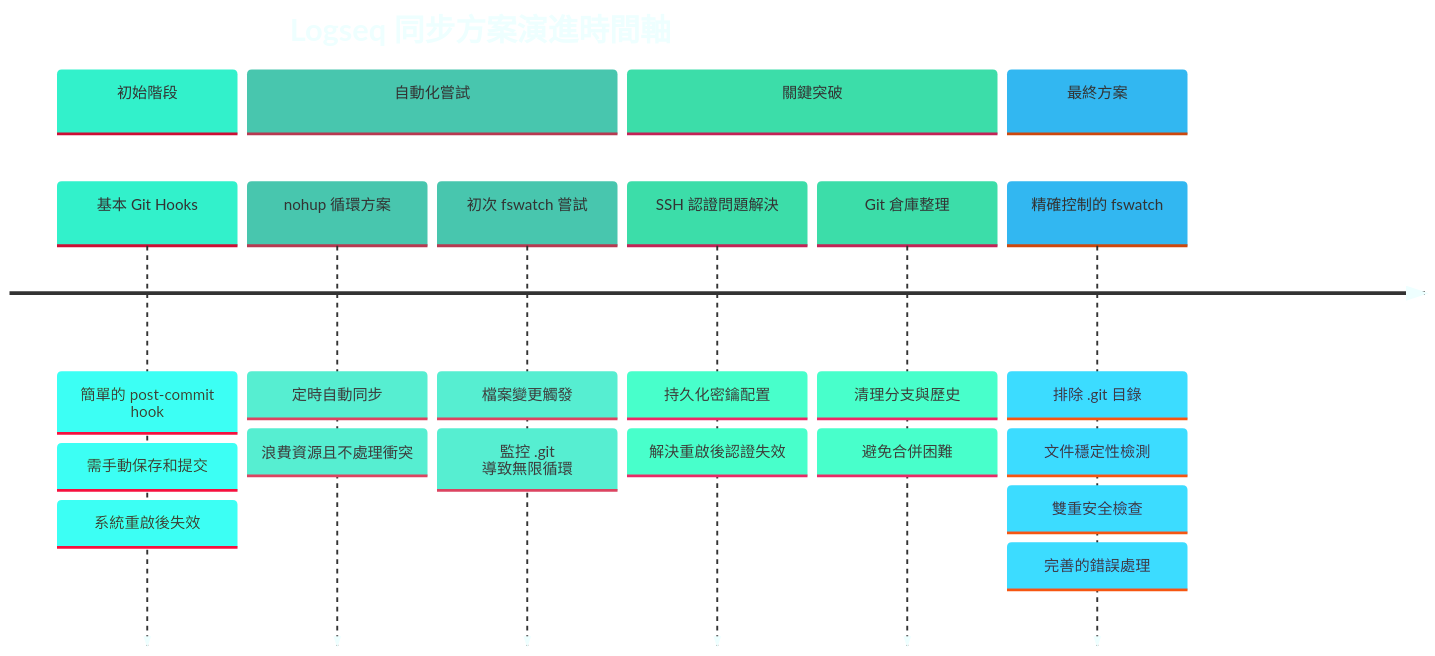
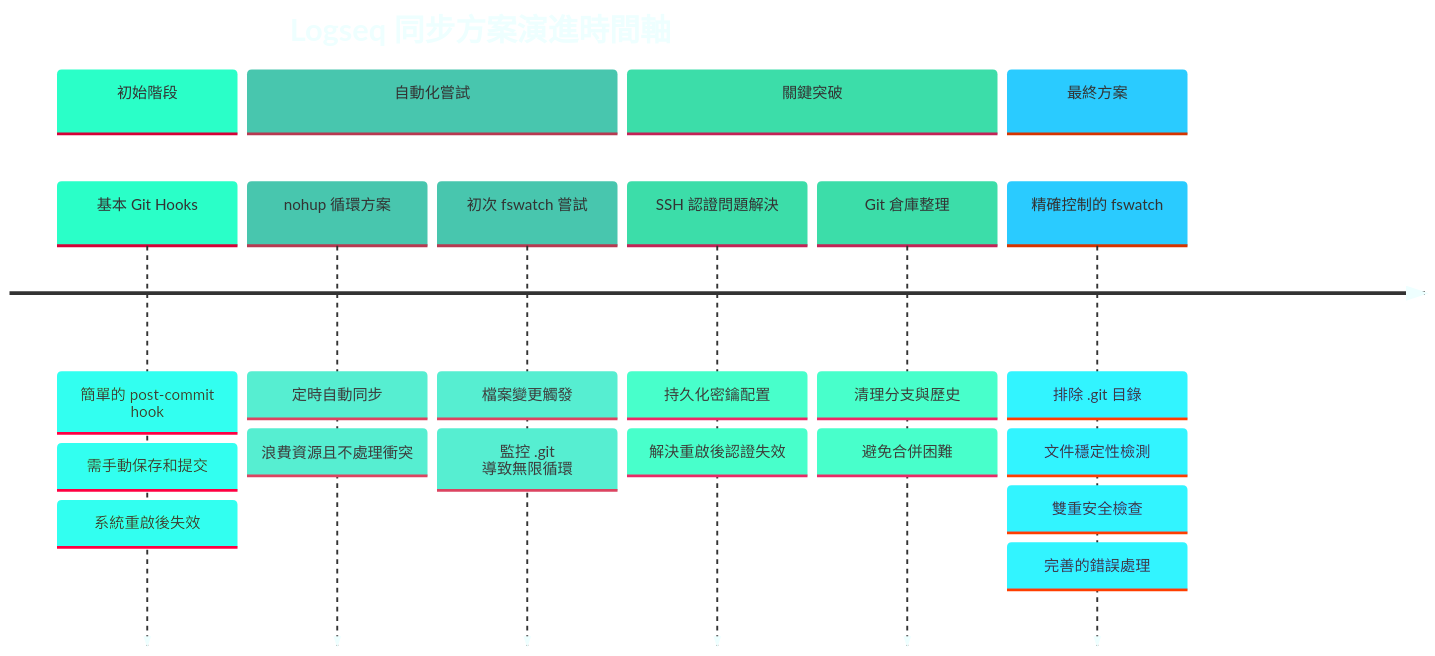
Before and after one commit to GengGeng026/Sync-Logseq: the first of 2 diagrams in Logseq同步方案演進記錄.md, drawn with Mermaid.

Commit message:
Auto-sync: Wed Mar 26 09:45:19 +08 2025

````diff
--- a/Logseq同步方案演進記錄.md
+++ b/Logseq同步方案演進記錄.md
@@ -24,39 +24,39 @@
 ```mermaid
 %%{init: {
   'theme': 'base', 
   'themeVariables': {
-    'primaryColor': '#A9F9E9',
+    'primaryColor': '#A9FFE9',
     'secondaryColor': '#A9E4D9',
     'tertiaryColor': '#A9F0D9',
     'quaternaryColor': '#A9FAD9',
     'lineColor': '#A9D9D9',
     'primaryBorderColor': '#A9D9D9',
     'background': 'transparent',
     'textColor': '#EEFFFF',
     'nodeBorder': 'darkgrey',
     'clusterBkg': 'transparent',
     'titleColor': '#EEFFFF'
   }
 }}%%
 timeline
     title Logseq 同步方案演進時間軸
     section 初始階段
         基本 Git Hooks : 簡單的 post-commit hook
         : 需手動保存和提交
         : 系統重啟後失效
     section 自動化嘗試
         nohup 循環方案 : 定時自動同步
         : 浪費資源且不處理衝突
         初次 fswatch 嘗試 : 檔案變更觸發
         : 監控 .git 導致無限循環
     section 關鍵突破
         SSH 認證問題解決 : 持久化密鑰配置
         : 解決重啟後認證失效
         Git 倉庫整理 : 清理分支與歷史
         : 避免合併困難
     section 最終方案
         精確控制的 fswatch : 排除 .git 目錄
         : 文件穩定性檢測
         : 雙重安全檢查
         : 完善的錯誤處理
 ```
````
